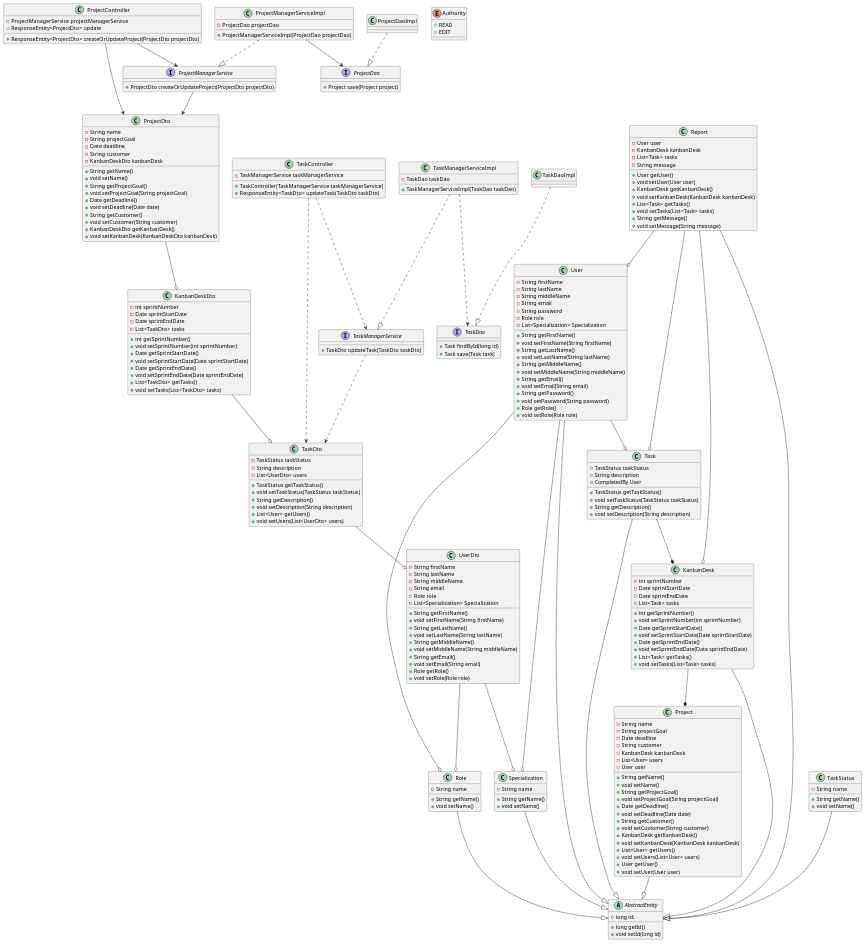
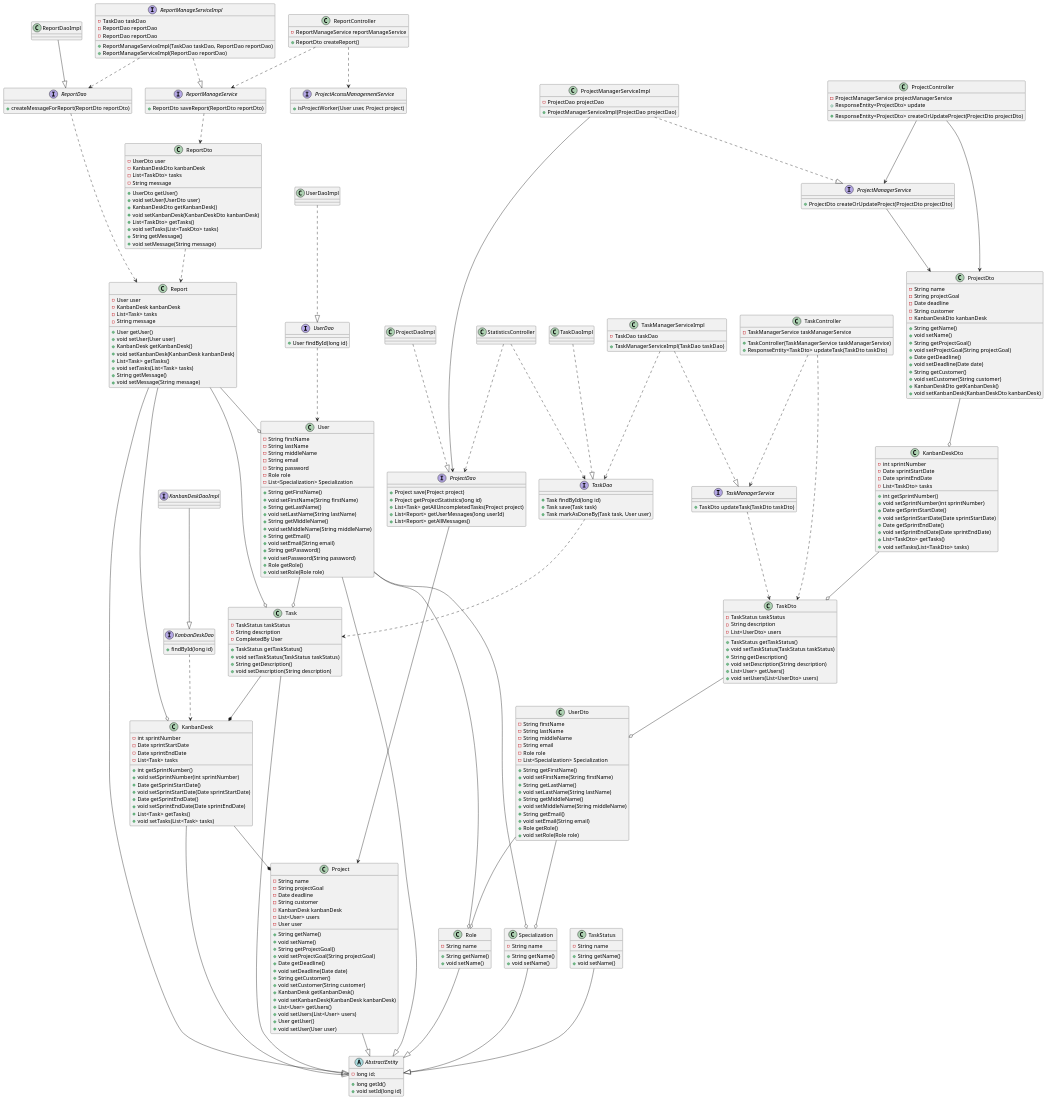
One commit to penamarth/bsbo-02-21_team_var7_erp changed the diagram in UML diagrams/Class-diagrams/classes.wsd. Above: the diagram before and after it, drawn with PlantUML. The commit also changed 2 other files, not shown here.

Commit message:
class diagrams

```diff
--- a/UML diagrams/Class-diagrams/classes.wsd
+++ b/UML diagrams/Class-diagrams/classes.wsd
@@ -167,6 +167,21 @@
     + String getMessage()
     + void setMessage(String message)
 }
+class ReportDto
+{
+    - UserDto user
+    - KanbanDeskDto kanbanDesk
+    - List<TaskDto> tasks
+    - String message
+    + UserDto getUser()
+    + void setUser(UserDto user)
+    + KanbanDeskDto getKanbanDesk()
+    + void setKanbanDesk(KanbanDeskDto kanbanDesk)
+    + List<TaskDto> getTasks()
+    + void setTasks(List<TaskDto> tasks)
+    + String getMessage()
+    + void setMessage(String message)
+}
 class Specialization
 {
     - String name
@@ -177,10 +192,39 @@
 {
     + Task findById(long id)
     + Task save(Task task)
+    + Task markAsDoneBy(Task task, User user)
 }
 interface ProjectDao
 {
     + Project save(Project project)
+    + Project getProjectStatistics(long id)
+    + List<Task> getAllUncompletedTasks(Project project)
+    + List<Report> getUserMessages(long userId)
+    + List<Report> getAllMessages()
+}
+interface KanbanDeskDao
+{
+    + findById(long id)
+}
+interface ReportDao
+{
+    + createMessageForReport(ReportDto reportDto)
+}
+interface UserDao
+{
+    + User findById(long id)
+}
+class UserDaoImpl
+{
+
+}
+class ReportDaoImpl
+{
+
+}
+interface KanbanDeskDaoImpl
+{
+
 }
 class TaskDaoImpl
 {
@@ -189,6 +233,10 @@
 class ProjectDaoImpl
 {
 
+}
+class StatisticsController
+{
+    
 }
 class TaskController
 {
@@ -202,6 +250,15 @@
     + ResponseEntity<ProjectDto> createOrUpdateProject(ProjectDto projectDto)
     + ResponseEntity<ProjectDto> update
 }
+class ReportController
+{
+    - ReportManageService reportManageService
+    + ReportDto createReport()
+}
+interface ReportManageService 
+{
+    + ReportDto saveReport(ReportDto reportDto)
+}
 interface TaskManagerService
 {
     + TaskDto updateTask(TaskDto taskDto)
@@ -210,22 +267,41 @@
 {
     + ProjectDto createOrUpdateProject(ProjectDto projectDto)
 }
+interface ProjectAccessManagementService
+{
+    + isProjectWorker(User user, Project project)
+}
+class ReportManageServiceImpl
+{
+    - TaskDao taskDao
+    - ReportDao reportDao
+    + ReportManageServiceImpl(TaskDao taskDao, ReportDao reportDao)
+}
 class TaskManagerServiceImpl
 {
     - TaskDao taskDao
     + TaskManagerServiceImpl(TaskDao taskDao)
+}
+interface ReportManageServiceImpl
+{
+    - ReportDao reportDao
+    + ReportManageServiceImpl(ReportDao reportDao)
 }
 class ProjectManagerServiceImpl
 {
     - ProjectDao projectDao
     + ProjectManagerServiceImpl(ProjectDao projectDao)
 }
-enum Authority
-{
-    + READ
-    + EDIT
-}
 
+ReportManageService ..> ReportDto
+ReportDao ..> Report
+StatisticsController ..> TaskDao
+StatisticsController ..> ProjectDao
+ReportController ..> ProjectAccessManagementService
+KanbanDeskDaoImpl --|> KanbanDeskDao
+ReportDaoImpl --|> ReportDao
+KanbanDeskDao ..> KanbanDesk
+ReportDto ..> Report
 User --|> AbstractEntity
 Project --|> AbstractEntity
 TaskStatus --|> AbstractEntity
@@ -246,6 +322,9 @@
 UserDto --o Role
 TaskDto --o UserDto
 TaskDaoImpl ..|> TaskDao
+TaskDao ..> Task
+UserDaoImpl ..|> UserDao
+UserDao ..> User
 TaskManagerServiceImpl ..|> TaskManagerService
 TaskController ..> TaskManagerService
 TaskController ..> TaskDto
@@ -256,8 +335,13 @@
 ProjectController --> ProjectDto
 ProjectController --> ProjectManagerService
 ProjectManagerServiceImpl --> ProjectDao
+ProjectDao --> Project
 ProjectManagerServiceImpl ..|> ProjectManagerService
 ProjectDaoImpl ..|> ProjectDao
 ProjectManagerService --> ProjectDto
+ReportManageServiceImpl ..|> ReportManageService
+ReportManageServiceImpl ..> ReportDao
+ReportController ..> ReportManageService
+
 
 @enduml
```
